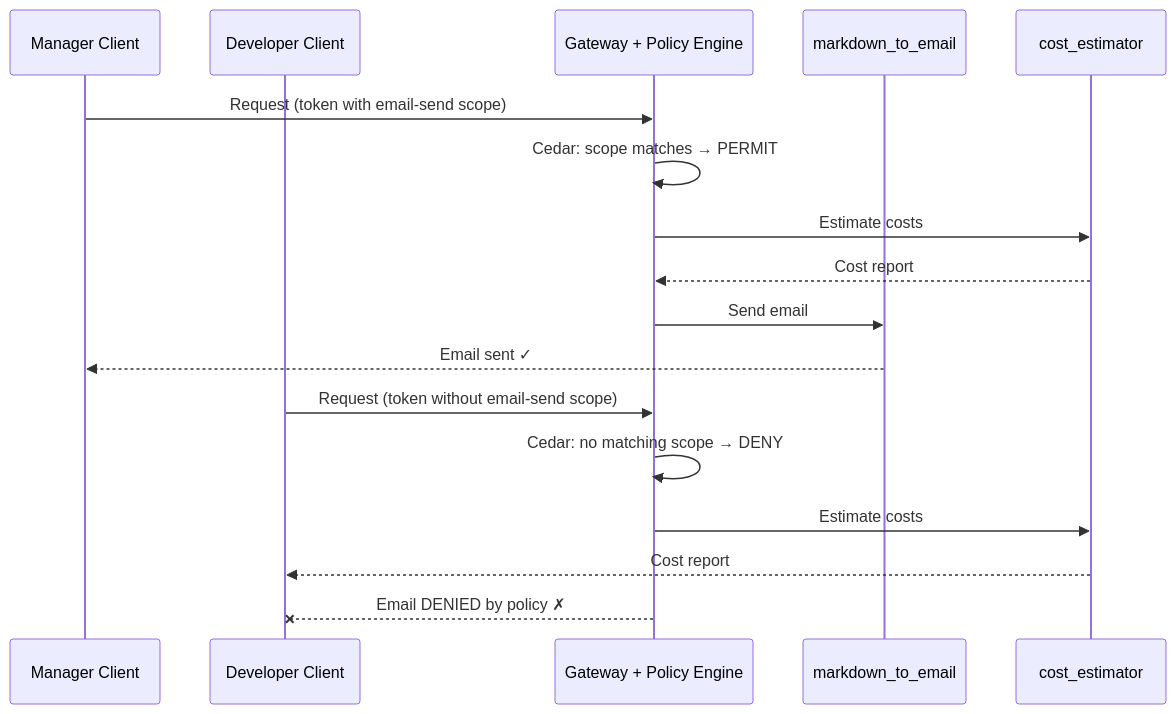
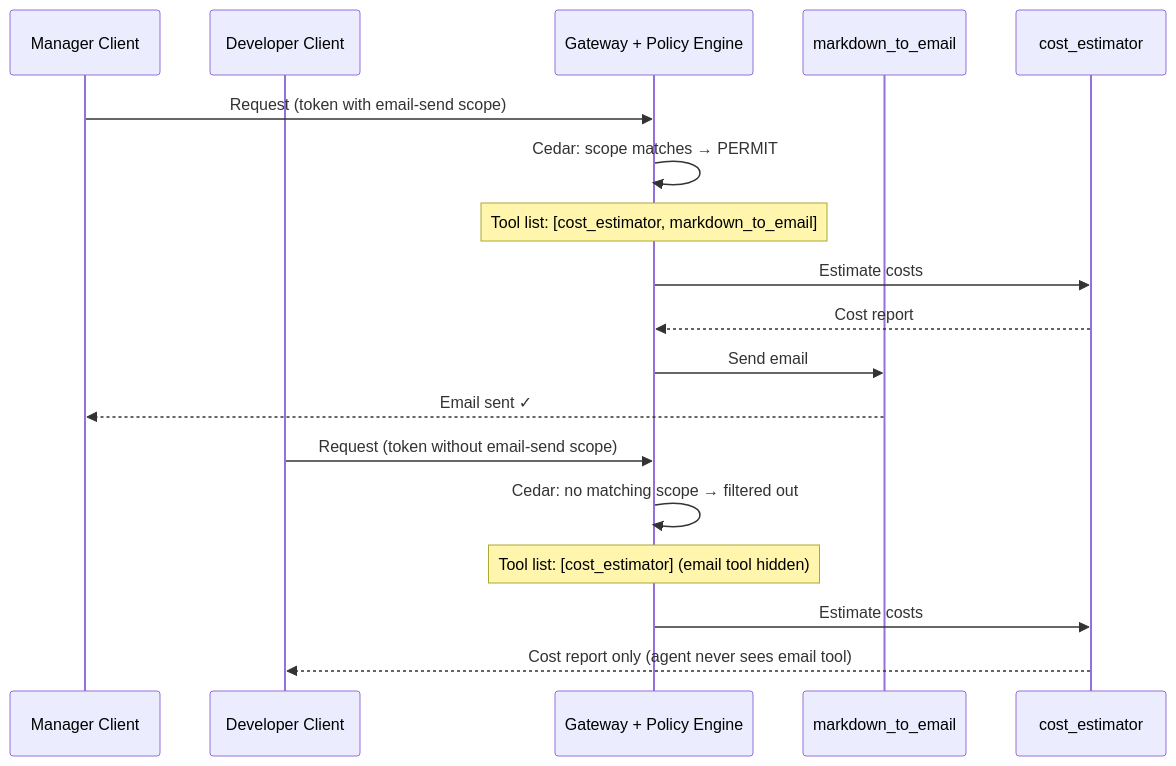
Before and after one commit to aws-samples/sample-amazon-bedrock-agentcore-onboarding: the diagram in 08_policy/README.md, drawn with Mermaid. The commit also changed other lines of this file and 1 other file, not shown here.

First line of the commit message:
Fix Cedar policy to use principal identity matching (workaround for getTag bug)

````diff
--- a/08_policy/README.md
+++ b/08_policy/README.md
@@ -73,21 +104,22 @@
 ```mermaid
 sequenceDiagram
     participant M as Manager Client
     participant D as Developer Client
     participant GW as Gateway + Policy Engine
     participant Tool as markdown_to_email
     participant CE as cost_estimator
 
     M->>GW: Request (token with email-send scope)
     GW->>GW: Cedar: scope matches → PERMIT
+    Note over GW: Tool list: [cost_estimator, markdown_to_email]
     GW->>CE: Estimate costs
     CE-->>GW: Cost report
     GW->>Tool: Send email
     Tool-->>M: Email sent ✓
 
     D->>GW: Request (token without email-send scope)
-    GW->>GW: Cedar: no matching scope → DENY
+    GW->>GW: Cedar: no matching scope → filtered out
+    Note over GW: Tool list: [cost_estimator] (email tool hidden)
     GW->>CE: Estimate costs
-    CE-->>D: Cost report
-    GW--xD: Email DENIED by policy ✗
+    CE-->>D: Cost report only (agent never sees email tool)
 ```
````
